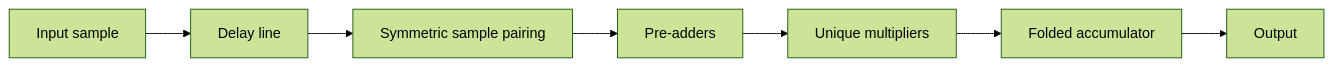
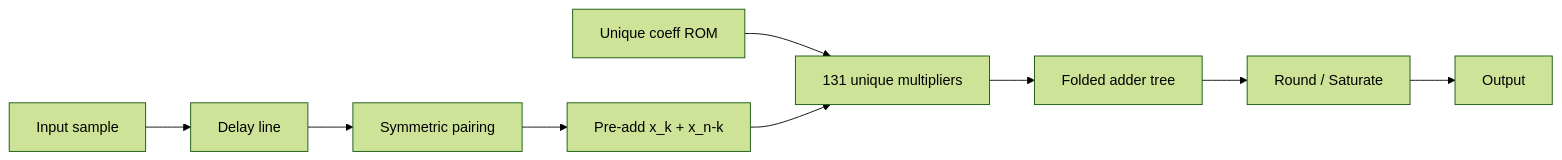
The diagram in docs/assets/dfg/symmetry_folded.mmd (AIALRA-0/FIR-Lowpass-Filter), drawn with Mermaid (forest theme) before and after one commit. The commit also changed 88 other files, not shown here.

```diff
--- a/docs/assets/dfg/symmetry_folded.mmd
+++ b/docs/assets/dfg/symmetry_folded.mmd
@@ -1,7 +1,9 @@
 flowchart LR
     IN[Input sample] --> DL[Delay line]
-    DL --> PAIR[Symmetric sample pairing]
-    PAIR --> PRE[Pre-adders]
-    PRE --> MUL[Unique multipliers]
-    MUL --> ACC[Folded accumulator]
-    ACC --> OUT[Output]
+    DL --> PAIR[Symmetric pairing]
+    PAIR --> PRE[Pre-add x_k + x_n-k]
+    COEF[Unique coeff ROM] --> MUL
+    PRE --> MUL[131 unique multipliers]
+    MUL --> ACC[Folded adder tree]
+    ACC --> QS[Round / Saturate]
+    QS --> OUT[Output]
```
